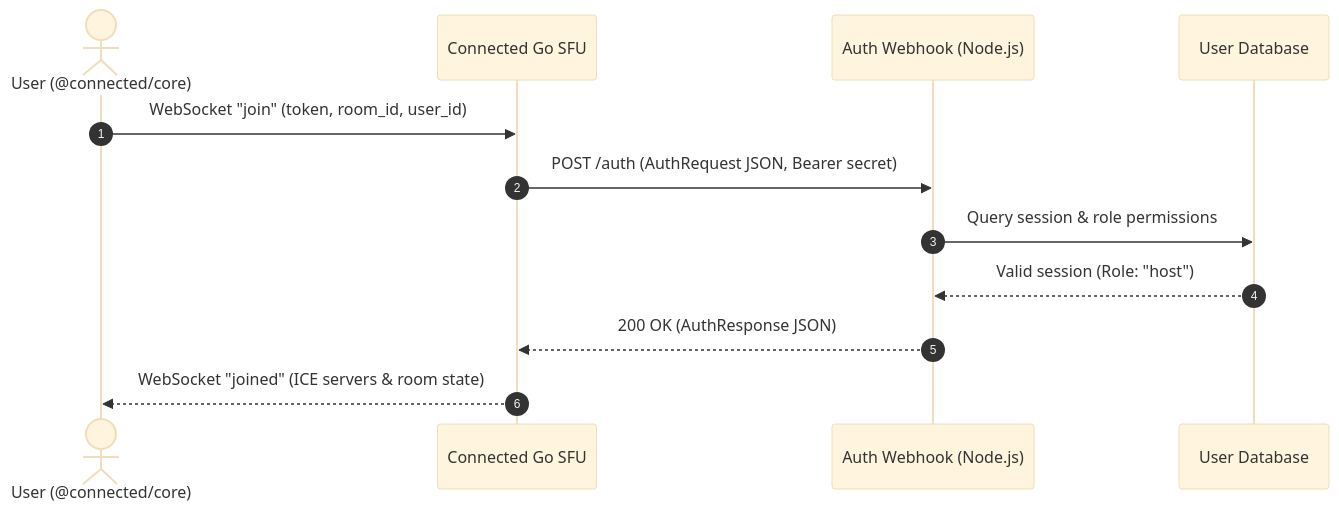
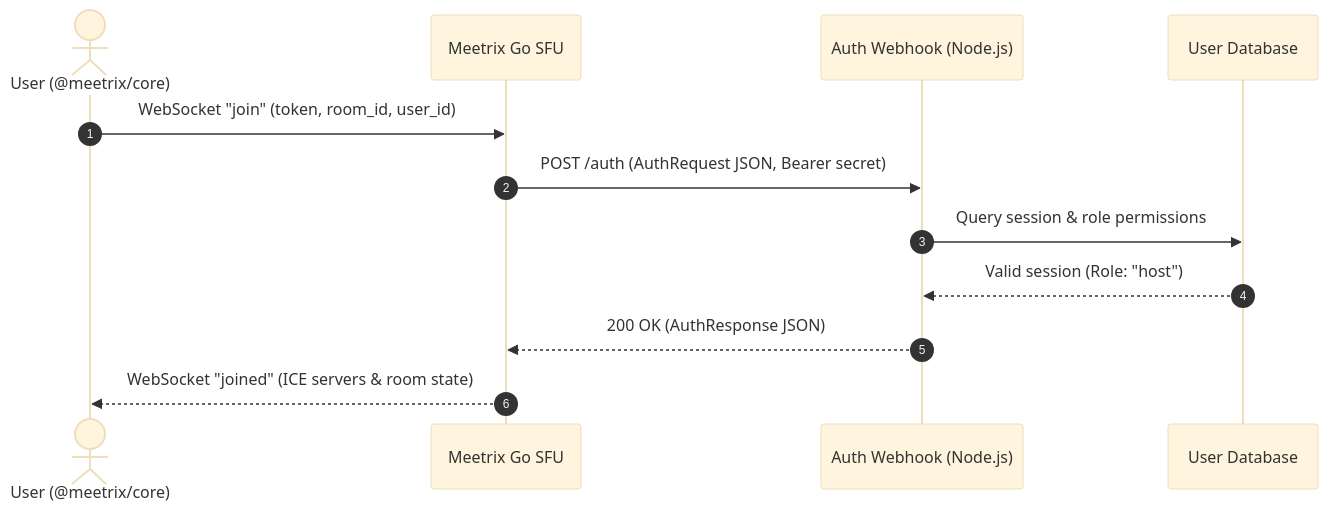
One commit to IsmaCortGtz/meetrix changed the diagram in docs/examples/auth-webhook.md. Above: the diagram before and after it, drawn with Mermaid (base theme). The commit also changed other lines of this file and 97 other files, not shown here.

````diff
--- a/docs/examples/auth-webhook.md
+++ b/docs/examples/auth-webhook.md
@@ -11,15 +11,15 @@
 ```mermaid
 sequenceDiagram
     autonumber
-    actor Client as User (@connected/core)
-    participant SFU as Connected Go SFU
+    actor Client as User (@meetrix/core)
+    participant SFU as Meetrix Go SFU
     participant AuthWebhook as Auth Webhook (Node.js)
     participant Database as User Database
 
     Client->>SFU: WebSocket "join" (token, room_id, user_id)
     SFU->>AuthWebhook: POST /auth (AuthRequest JSON, Bearer secret)
     AuthWebhook->>Database: Query session & role permissions
     Database-->>AuthWebhook: Valid session (Role: "host")
     AuthWebhook-->>SFU: 200 OK (AuthResponse JSON)
     SFU-->>Client: WebSocket "joined" (ICE servers & room state)
 ```
````
